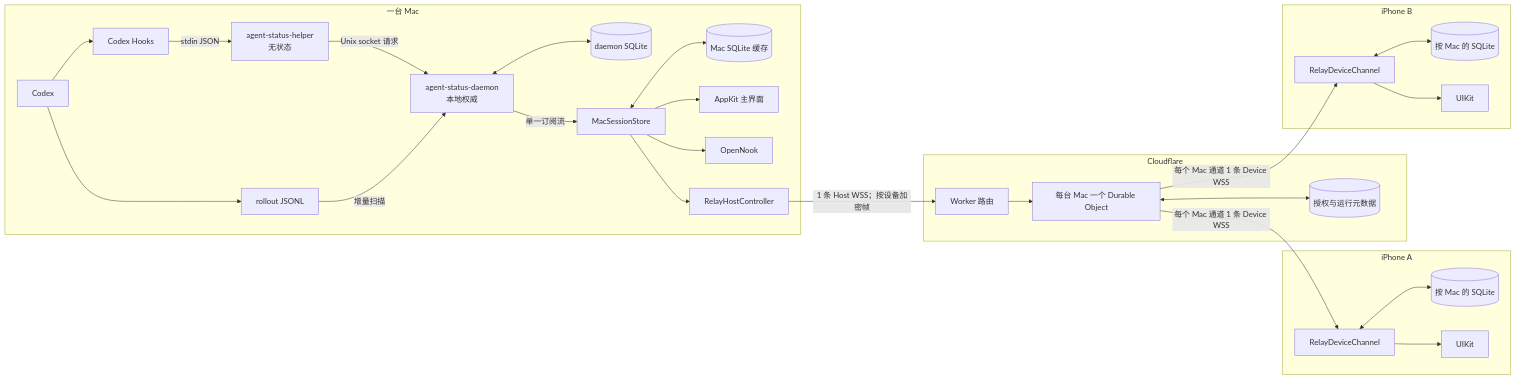
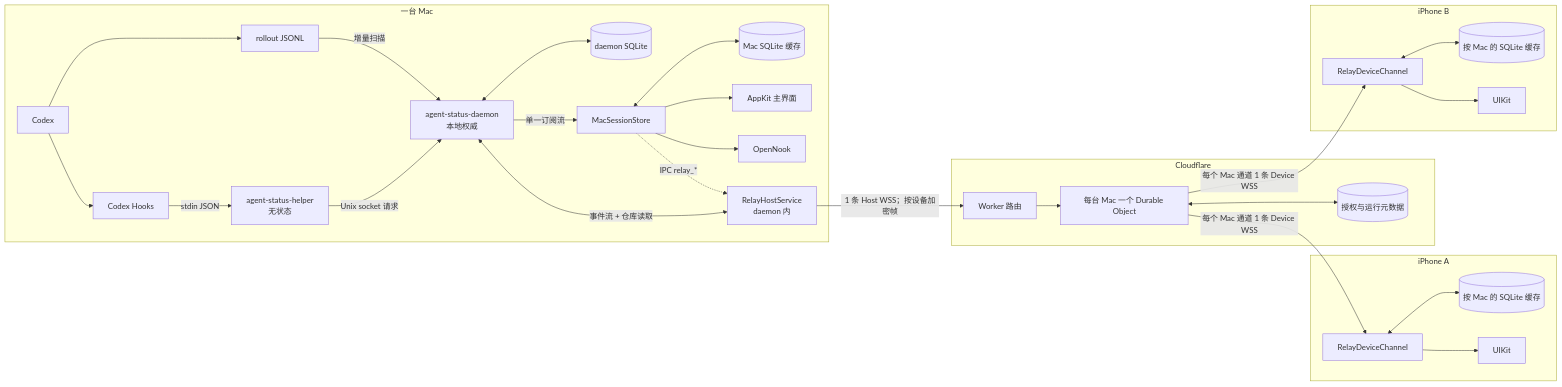
The first of 2 diagrams in docs/design/system-architecture.md (AFutureD/Lumi), drawn with Mermaid before and after one commit. The commit also changed other lines of this file and 11 other files, not shown here.

First line of the commit message:
docs: daemon-hosted Relay, iPhone cache and index-first sync

````diff
--- a/docs/design/system-architecture.md
+++ b/docs/design/system-architecture.md
@@ -23,54 +23,55 @@
 ```mermaid
 flowchart LR
     subgraph Mac["一台 Mac"]
         Codex["Codex"]
         Hook["Codex Hooks"]
         Rollout["rollout JSONL"]
         Helper["agent-status-helper<br/>无状态"]
         Daemon["agent-status-daemon<br/>本地权威"]
         DaemonDB[("daemon SQLite")]
         MacStore["MacSessionStore"]
         MacDB[("Mac SQLite 缓存")]
         MacUI["AppKit 主界面"]
         Notch["OpenNook"]
-        RelayHost["RelayHostController"]
+        RelayHost["RelayHostService<br/>daemon 内"]
 
         Codex --> Hook -->|stdin JSON| Helper
         Helper -->|Unix socket 请求| Daemon
         Codex --> Rollout -->|增量扫描| Daemon
         Daemon <--> DaemonDB
         Daemon -->|单一订阅流| MacStore
+        Daemon <-->|事件流 + 仓库读取| RelayHost
         MacStore <--> MacDB
         MacStore --> MacUI
         MacStore --> Notch
-        MacStore --> RelayHost
+        MacStore -.->|IPC relay_*| RelayHost
     end
 
     subgraph Cloudflare["Cloudflare"]
         Worker["Worker 路由"]
         DO["每台 Mac 一个 Durable Object"]
         Meta[("授权与运行元数据")]
         Worker --> DO
         DO <--> Meta
     end
 
     subgraph IPhoneA["iPhone A"]
         DeviceA["RelayDeviceChannel"]
-        IOSDBA[("按 Mac 的 SQLite")]
+        IOSDBA[("按 Mac 的 SQLite 缓存")]
         UIA["UIKit"]
         DeviceA <--> IOSDBA
         DeviceA --> UIA
     end
 
     subgraph IPhoneB["iPhone B"]
         DeviceB["RelayDeviceChannel"]
-        IOSDBB[("按 Mac 的 SQLite")]
+        IOSDBB[("按 Mac 的 SQLite 缓存")]
         UIB["UIKit"]
         DeviceB <--> IOSDBB
         DeviceB --> UIB
     end
 
     RelayHost -->|"1 条 Host WSS；按设备加密帧"| Worker
     DO -->|"每个 Mac 通道 1 条 Device WSS"| DeviceA
     DO -->|"每个 Mac 通道 1 条 Device WSS"| DeviceB
 ```
````
